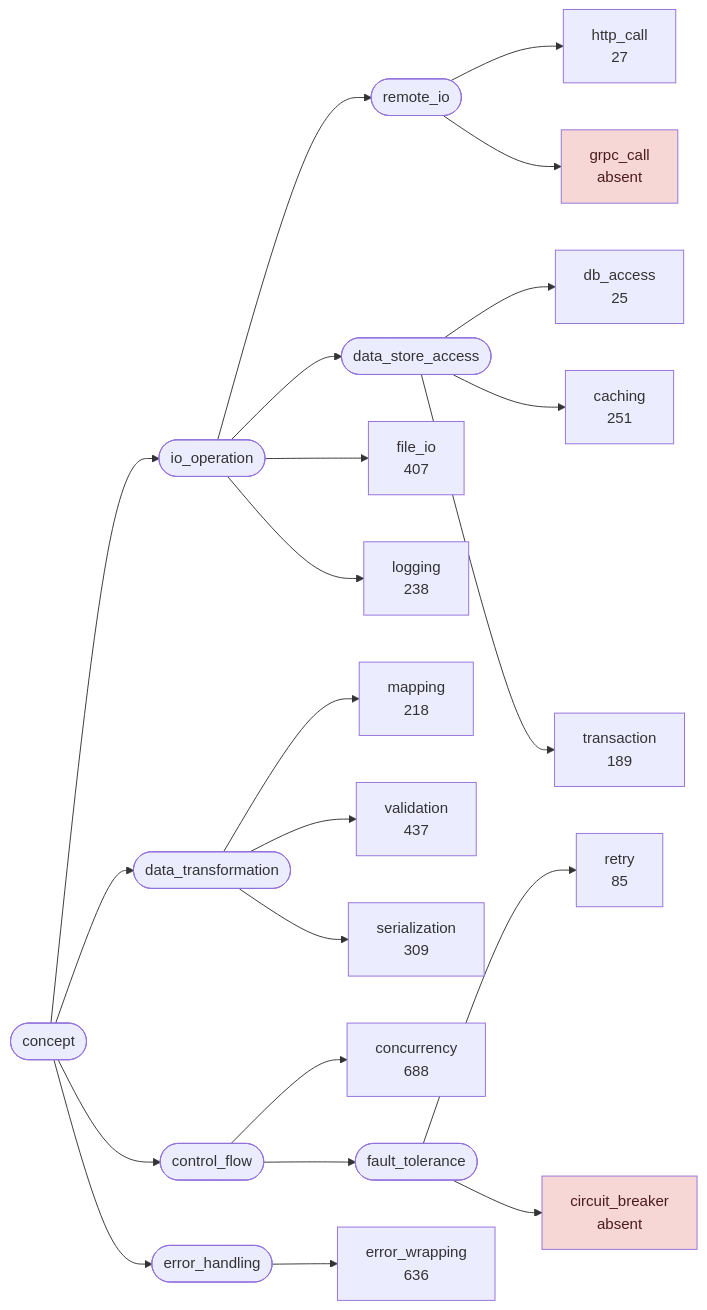
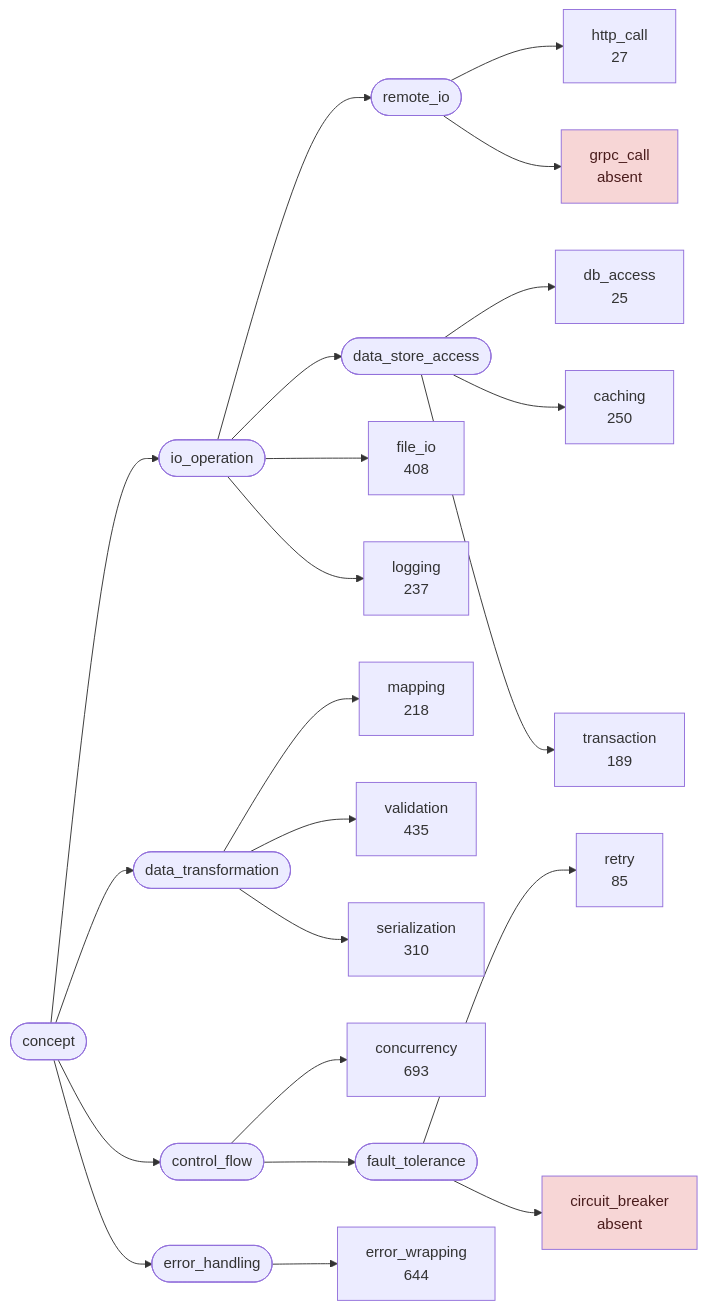
One commit to LukasSelin/doppel changed the first of 5 diagrams in examples/moby.md. Above: the diagram before and after it, drawn with Mermaid. The commit also changed other lines of this file and 7 other files, not shown here.

````diff
--- a/examples/moby.md
+++ b/examples/moby.md
@@ -60,50 +60,50 @@
 ```mermaid
 flowchart LR
     s0(["concept"])
     s1(["io_operation"])
     s2(["remote_io"])
     s3["http_call<br/>27"]
     s4["grpc_call<br/>absent"]
     s5(["data_store_access"])
     s6["db_access<br/>25"]
-    s7["caching<br/>251"]
+    s7["caching<br/>250"]
     s8["transaction<br/>189"]
-    s9["file_io<br/>407"]
-    s10["logging<br/>238"]
+    s9["file_io<br/>408"]
+    s10["logging<br/>237"]
     s11(["data_transformation"])
     s12["mapping<br/>218"]
-    s13["validation<br/>437"]
-    s14["serialization<br/>309"]
+    s13["validation<br/>435"]
+    s14["serialization<br/>310"]
     s15(["control_flow"])
-    s16["concurrency<br/>688"]
+    s16["concurrency<br/>693"]
     s17(["fault_tolerance"])
     s18["retry<br/>85"]
     s19["circuit_breaker<br/>absent"]
     s20(["error_handling"])
-    s21["error_wrapping<br/>636"]
+    s21["error_wrapping<br/>644"]
     s0 --> s1
     s1 --> s2
     s2 --> s3
     s2 --> s4
     s1 --> s5
     s5 --> s6
     s5 --> s7
     s5 --> s8
     s1 --> s9
     s1 --> s10
     s0 --> s11
     s11 --> s12
     s11 --> s13
     s11 --> s14
     s0 --> s15
     s15 --> s16
     s15 --> s17
     s17 --> s18
     s17 --> s19
     s0 --> s20
     s20 --> s21
     classDef good fill:#d7ecd9,color:#1b3d20
     classDef warn fill:#fbeecb,color:#4a3a12
     classDef hot fill:#f7d6d6,color:#4a1c1c
     class s4,s19 hot
 ```
````
